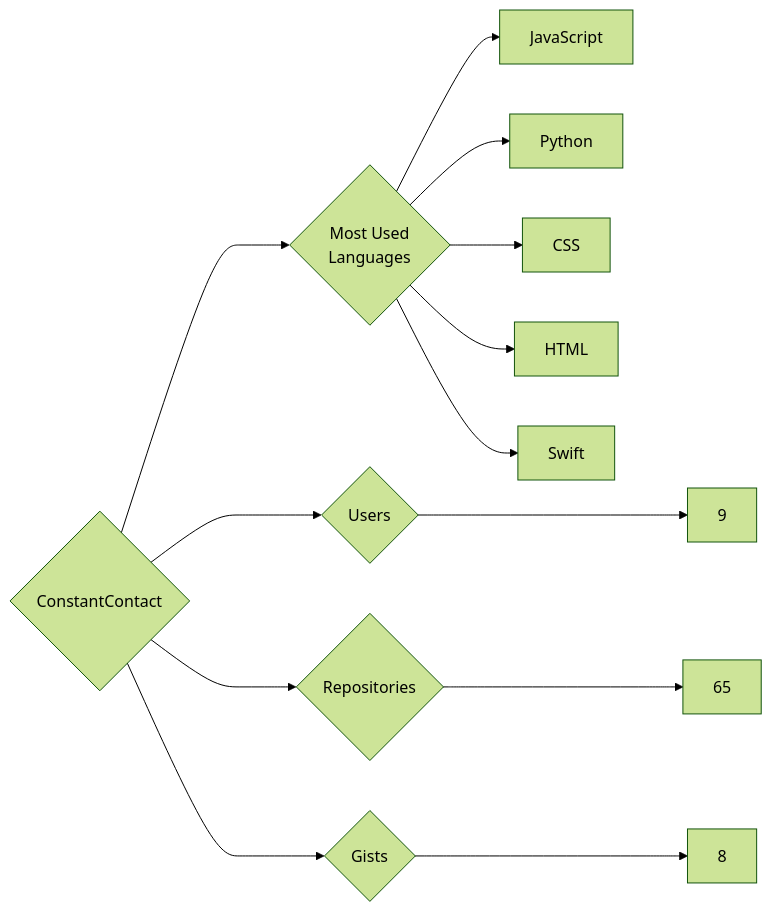
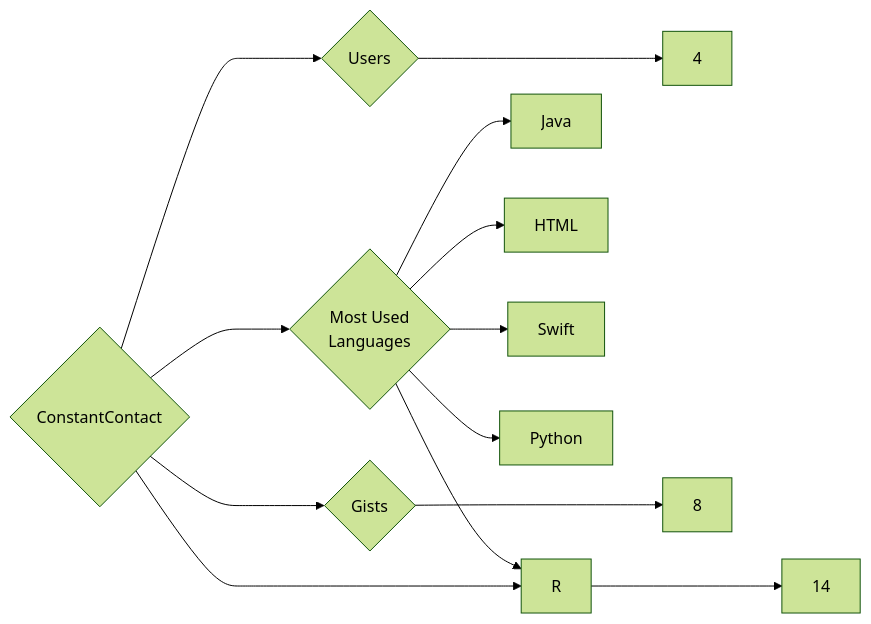
One commit to trickest/insiders changed the diagram in targets/ConstantContact/README.md. Above: the diagram before and after it, drawn with Mermaid (forest theme). The commit also changed 1148 other files, not shown here.

````diff
--- a/targets/ConstantContact/README.md
+++ b/targets/ConstantContact/README.md
@@ -3,13 +3,13 @@
 ```mermaid
 graph LR
 COMPANY_NAME{ConstantContact}
-COMPANY_NAME ---> U{Users} ---> UN[9]
-COMPANY_NAME ---> R{Repositories} ---> RN[65]
+COMPANY_NAME ---> U{Users} ---> UN[4]
+COMPANY_NAME ---> R{Repositories} ---> RN[14]
 COMPANY_NAME ---> G{Gists} ---> GN[8]
 COMPANY_NAME ---> ML{Most Used<br>Languages}
-ML --> JavaScript[JavaScript]
-ML --> Python[Python]
-ML --> CSS[CSS]
+ML --> Java[Java]
 ML --> HTML[HTML]
 ML --> Swift[Swift]
+ML --> R[R]
+ML --> Python[Python]
 ```
````
